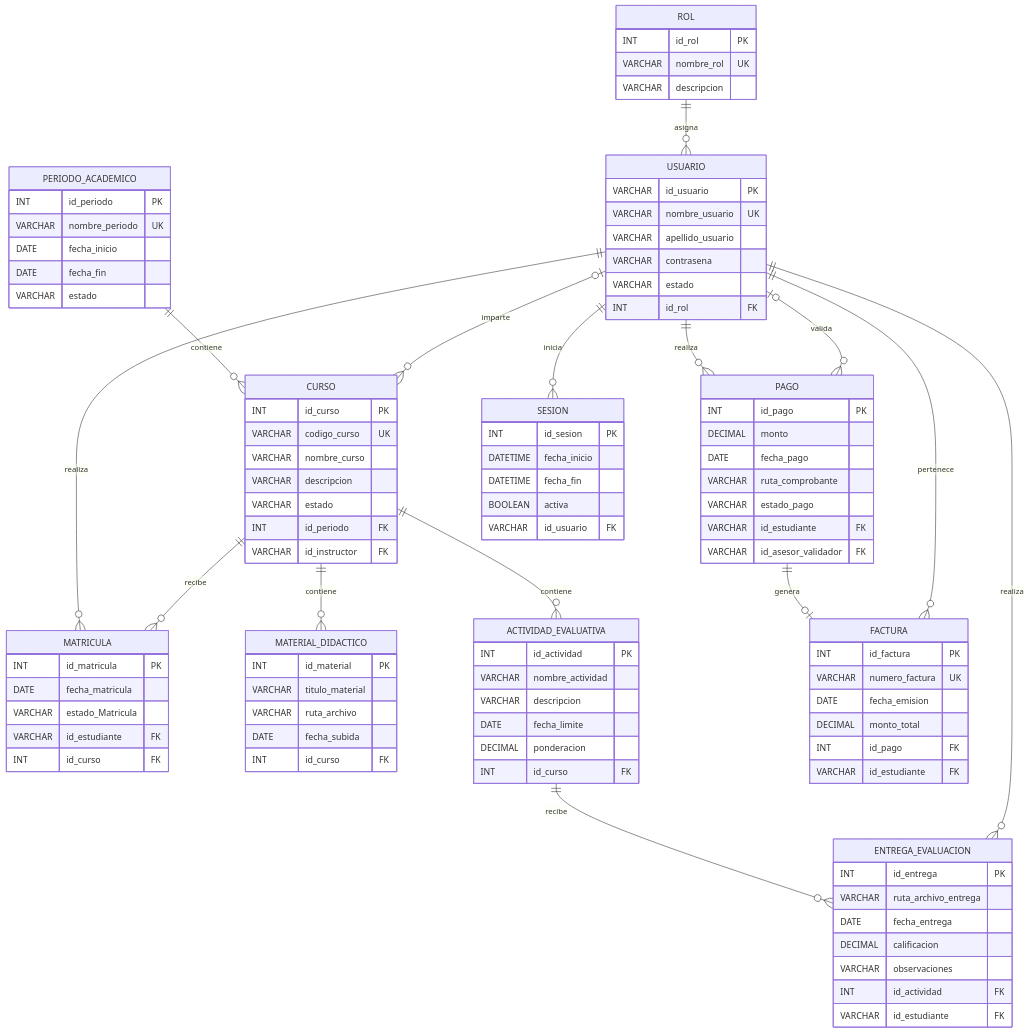
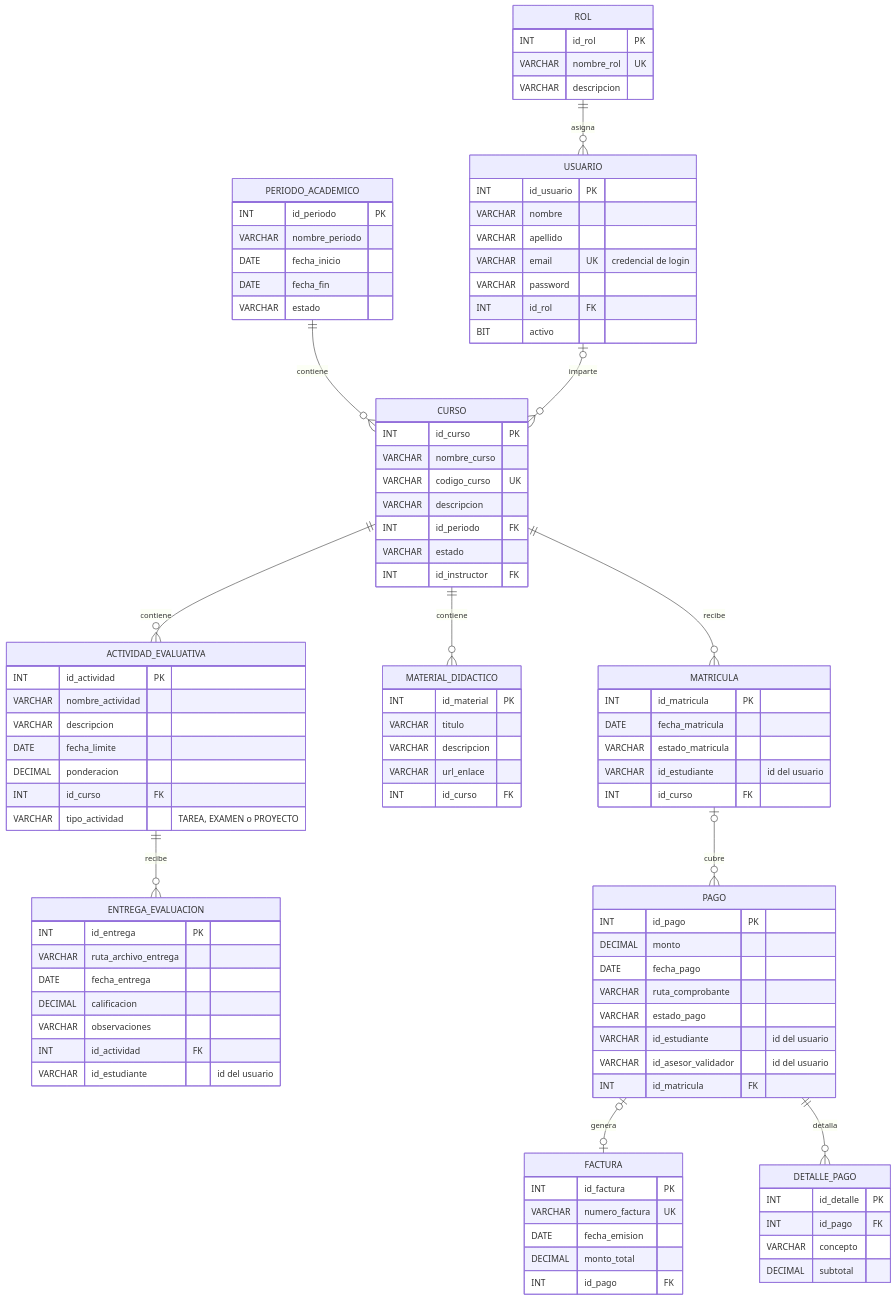
Before and after one commit to 2602-Progra-II/prograii-sistema-gestion-academia: the diagram in docs/uml/05-modelo-relacional.mmd, drawn with Mermaid. The commit also changed 33 other files, not shown here.

Commit message:
feat: cierre de cartera concurrente, jerarquía de actividades, pruebas, UML y README

```diff
--- a/docs/uml/05-modelo-relacional.mmd
+++ b/docs/uml/05-modelo-relacional.mmd
@@ -1,121 +1,99 @@
 erDiagram
+%% Coincide con database/schema.sql (SQL Server)
 
     ROL {
         INT id_rol PK
         VARCHAR nombre_rol UK
         VARCHAR descripcion
     }
-
     USUARIO {
-        VARCHAR id_usuario PK
-        VARCHAR nombre_usuario UK
-        VARCHAR apellido_usuario
-        VARCHAR contrasena
-        VARCHAR estado
+        INT id_usuario PK
+        VARCHAR nombre
+        VARCHAR apellido
+        VARCHAR email UK "credencial de login"
+        VARCHAR password
         INT id_rol FK
+        BIT activo
     }
-
     PERIODO_ACADEMICO {
         INT id_periodo PK
-        VARCHAR nombre_periodo UK
+        VARCHAR nombre_periodo
         DATE fecha_inicio
         DATE fecha_fin
         VARCHAR estado
     }
-
     CURSO {
         INT id_curso PK
+        VARCHAR nombre_curso
         VARCHAR codigo_curso UK
-        VARCHAR nombre_curso
         VARCHAR descripcion
+        INT id_periodo FK
         VARCHAR estado
-        INT id_periodo FK
-        VARCHAR id_instructor FK
+        INT id_instructor FK
     }
-
     MATRICULA {
         INT id_matricula PK
         DATE fecha_matricula
-        VARCHAR estado_Matricula
-        VARCHAR id_estudiante FK
+        VARCHAR estado_matricula
+        VARCHAR id_estudiante "id del usuario"
         INT id_curso FK
     }
-
     MATERIAL_DIDACTICO {
         INT id_material PK
-        VARCHAR titulo_material
-        VARCHAR ruta_archivo
-        DATE fecha_subida
+        VARCHAR titulo
+        VARCHAR descripcion
+        VARCHAR url_enlace
         INT id_curso FK
     }
-
     ACTIVIDAD_EVALUATIVA {
         INT id_actividad PK
         VARCHAR nombre_actividad
         VARCHAR descripcion
         DATE fecha_limite
         DECIMAL ponderacion
         INT id_curso FK
+        VARCHAR tipo_actividad "TAREA, EXAMEN o PROYECTO"
     }
-
     ENTREGA_EVALUACION {
         INT id_entrega PK
         VARCHAR ruta_archivo_entrega
         DATE fecha_entrega
         DECIMAL calificacion
         VARCHAR observaciones
         INT id_actividad FK
-        VARCHAR id_estudiante FK
+        VARCHAR id_estudiante "id del usuario"
     }
-
     PAGO {
         INT id_pago PK
         DECIMAL monto
         DATE fecha_pago
         VARCHAR ruta_comprobante
         VARCHAR estado_pago
-        VARCHAR id_estudiante FK
-        VARCHAR id_asesor_validador FK
+        VARCHAR id_estudiante "id del usuario"
+        VARCHAR id_asesor_validador "id del usuario"
+        INT id_matricula FK
     }
-
     FACTURA {
         INT id_factura PK
         VARCHAR numero_factura UK
         DATE fecha_emision
         DECIMAL monto_total
         INT id_pago FK
-        VARCHAR id_estudiante FK
+    }
+    DETALLE_PAGO {
+        INT id_detalle PK
+        INT id_pago FK
+        VARCHAR concepto
+        DECIMAL subtotal
     }
 
-    SESION {
-        INT id_sesion PK
-        DATETIME fecha_inicio
-        DATETIME fecha_fin
-        BOOLEAN activa
-        VARCHAR id_usuario FK
-    }
-
-
     ROL ||--o{ USUARIO : asigna
-
     PERIODO_ACADEMICO ||--o{ CURSO : contiene
-
-    USUARIO o|--o{ CURSO : imparte
-
-    USUARIO ||--o{ MATRICULA : realiza
+    USUARIO |o--o{ CURSO : imparte
     CURSO ||--o{ MATRICULA : recibe
-
     CURSO ||--o{ MATERIAL_DIDACTICO : contiene
-
     CURSO ||--o{ ACTIVIDAD_EVALUATIVA : contiene
-
     ACTIVIDAD_EVALUATIVA ||--o{ ENTREGA_EVALUACION : recibe
-    USUARIO ||--o{ ENTREGA_EVALUACION : realiza
-
-    USUARIO ||--o{ PAGO : realiza
-    USUARIO o|--o{ PAGO : valida
-
-    PAGO ||--o| FACTURA : genera
-    USUARIO ||--o{ FACTURA : pertenece
-
-    USUARIO ||--o{ SESION : inicia
+    MATRICULA |o--o{ PAGO : cubre
+    PAGO |o--o| FACTURA : genera
+    PAGO ||--o{ DETALLE_PAGO : detalla
```
